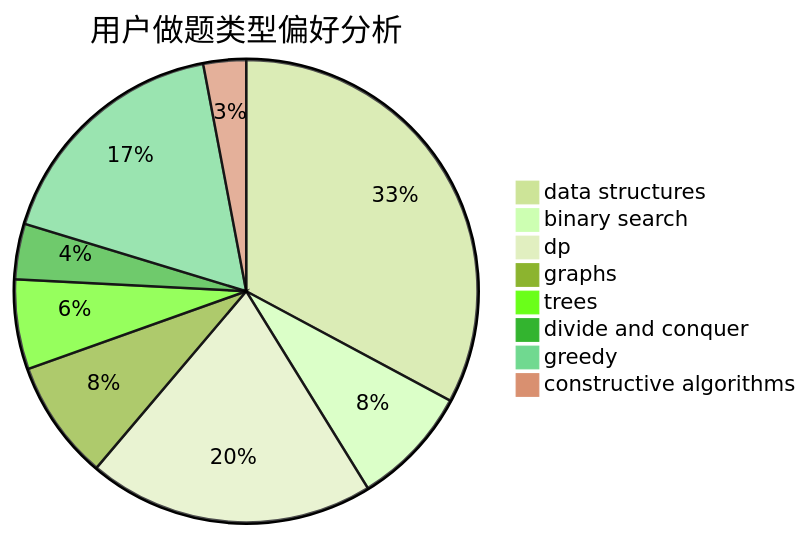
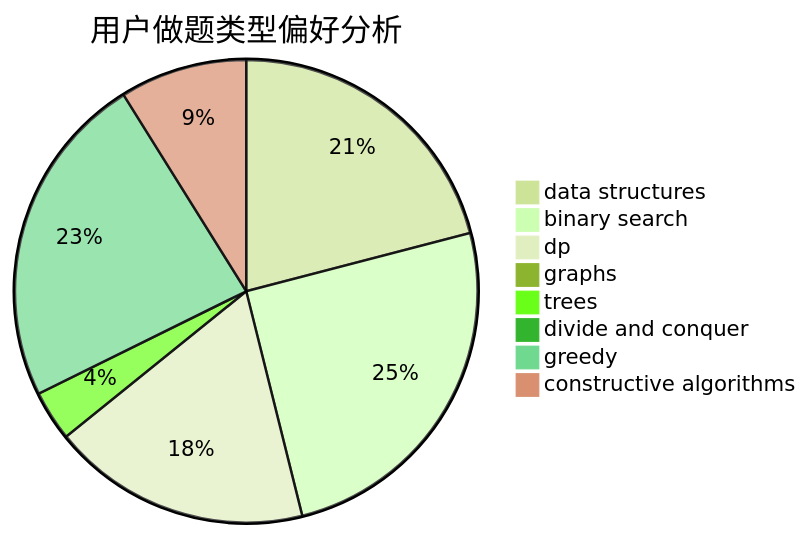
Before and after one commit to sherpahu/cfrs.github.io: the second of 3 diagrams in docs/user/u579.md, drawn with Mermaid (forest theme). The commit also changed other lines of this file and 2770 other files, not shown here.

````diff
--- a/docs/user/u579.md
+++ b/docs/user/u579.md
@@ -23,11 +23,11 @@
 ```mermaid
 pie title 用户做题类型偏好分析
-    "data structures" :  110
-    "binary search" :  28
-    "dp" :  67
-    "graphs" :  28
-    "trees" :  21
-    "divide and conquer" :  13
-    "greedy" :  58
-    "constructive algorithms" :  10
+    "data structures" :  476
+    "binary search" :  572
+    "dp" :  411
+    "graphs" :  2
+    "trees" :  80
+    "divide and conquer" :  9
+    "greedy" :  532
+    "constructive algorithms" :  202
 ```
````
